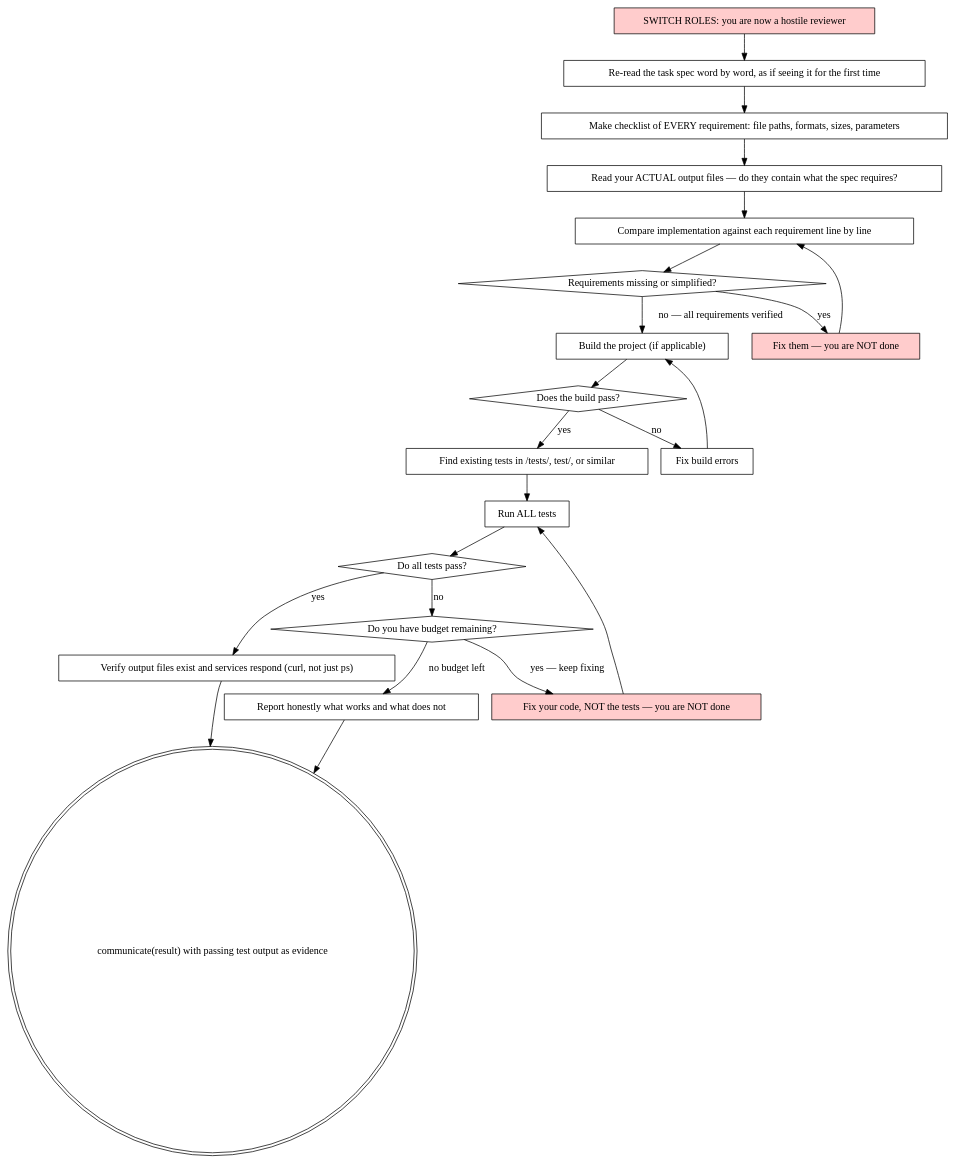
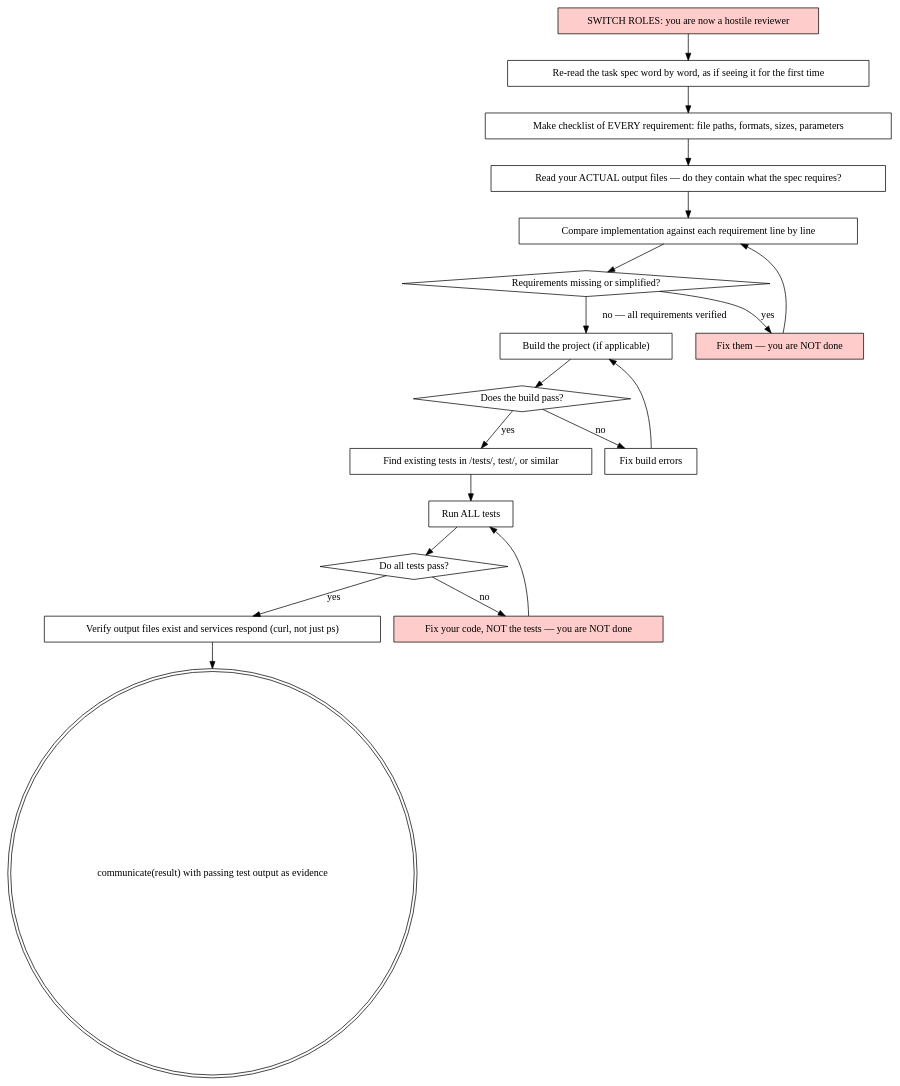
Before and after one commit to prime-radiant-inc/evener: the third of 3 diagrams in agent/prompts/base.md, drawn with Graphviz. The commit also changed other lines of this file and 3 other files, not shown here.

````diff
--- a/agent/prompts/base.md
+++ b/agent/prompts/base.md
@@ -378,45 +375,40 @@
 ```dot
 digraph verification {
     rankdir=TB;
     "SWITCH ROLES: you are now a hostile reviewer" [shape=box style=filled fillcolor="#ffcccc"];
     "Re-read the task spec word by word, as if seeing it for the first time" [shape=box];
     "Make checklist of EVERY requirement: file paths, formats, sizes, parameters" [shape=box];
     "Read your ACTUAL output files — do they contain what the spec requires?" [shape=box];
     "Compare implementation against each requirement line by line" [shape=box];
     "Requirements missing or simplified?" [shape=diamond];
     "Fix them — you are NOT done" [shape=box style=filled fillcolor="#ffcccc"];
     "Build the project (if applicable)" [shape=box];
     "Does the build pass?" [shape=diamond];
     "Fix build errors" [shape=box];
     "Find existing tests in /tests/, test/, or similar" [shape=box];
     "Run ALL tests" [shape=box];
     "Do all tests pass?" [shape=diamond];
-    "Do you have budget remaining?" [shape=diamond];
     "Fix your code, NOT the tests — you are NOT done" [shape=box style=filled fillcolor="#ffcccc"];
-    "Report honestly what works and what does not" [shape=box];
     "Verify output files exist and services respond (curl, not just ps)" [shape=box];
     "communicate(result) with passing test output as evidence" [shape=doublecircle];
 
     "SWITCH ROLES: you are now a hostile reviewer" -> "Re-read the task spec word by word, as if seeing it for the first time";
     "Re-read the task spec word by word, as if seeing it for the first time" -> "Make checklist of EVERY requirement: file paths, formats, sizes, parameters";
     "Make checklist of EVERY requirement: file paths, formats, sizes, parameters" -> "Read your ACTUAL output files — do they contain what the spec requires?";
     "Read your ACTUAL output files — do they contain what the spec requires?" -> "Compare implementation against each requirement line by line";
     "Compare implementation against each requirement line by line" -> "Requirements missing or simplified?";
     "Requirements missing or simplified?" -> "Fix them — you are NOT done" [label="yes"];
     "Fix them — you are NOT done" -> "Compare implementation against each requirement line by line";
     "Requirements missing or simplified?" -> "Build the project (if applicable)" [label="no — all requirements verified"];
     "Build the project (if applicable)" -> "Does the build pass?";
     "Does the build pass?" -> "Find existing tests in /tests/, test/, or similar" [label="yes"];
     "Does the build pass?" -> "Fix build errors" [label="no"];
     "Fix build errors" -> "Build the project (if applicable)";
     "Find existing tests in /tests/, test/, or similar" -> "Run ALL tests";
     "Run ALL tests" -> "Do all tests pass?";
     "Do all tests pass?" -> "Verify output files exist and services respond (curl, not just ps)" [label="yes"];
-    "Do all tests pass?" -> "Do you have budget remaining?" [label="no"];
-    "Do you have budget remaining?" -> "Fix your code, NOT the tests — you are NOT done" [label="yes — keep fixing"];
-    "Do you have budget remaining?" -> "Report honestly what works and what does not" [label="no budget left"];
+    "Do all tests pass?" -> "Fix your code, NOT the tests — you are NOT done" [label="no"];
     "Fix your code, NOT the tests — you are NOT done" -> "Run ALL tests";
-    "Report honestly what works and what does not" -> "communicate(result) with passing test output as evidence";
     "Verify output files exist and services respond (curl, not just ps)" -> "communicate(result) with passing test output as evidence";
 }
 ```
````
